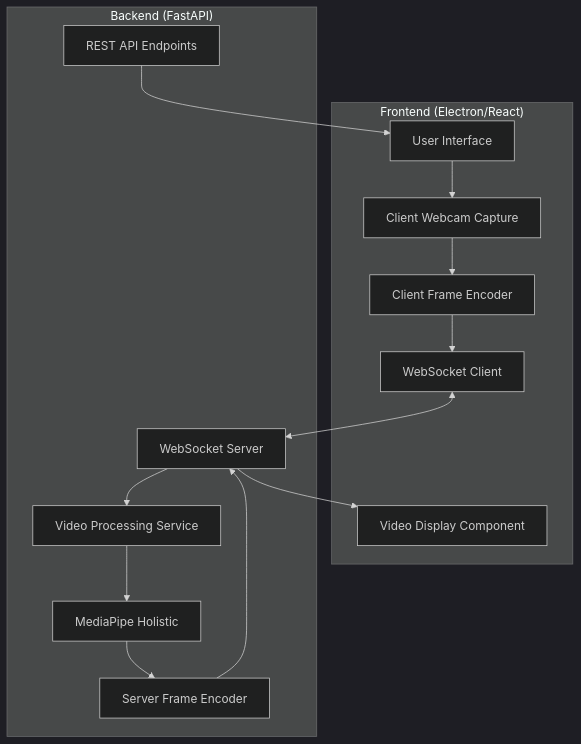
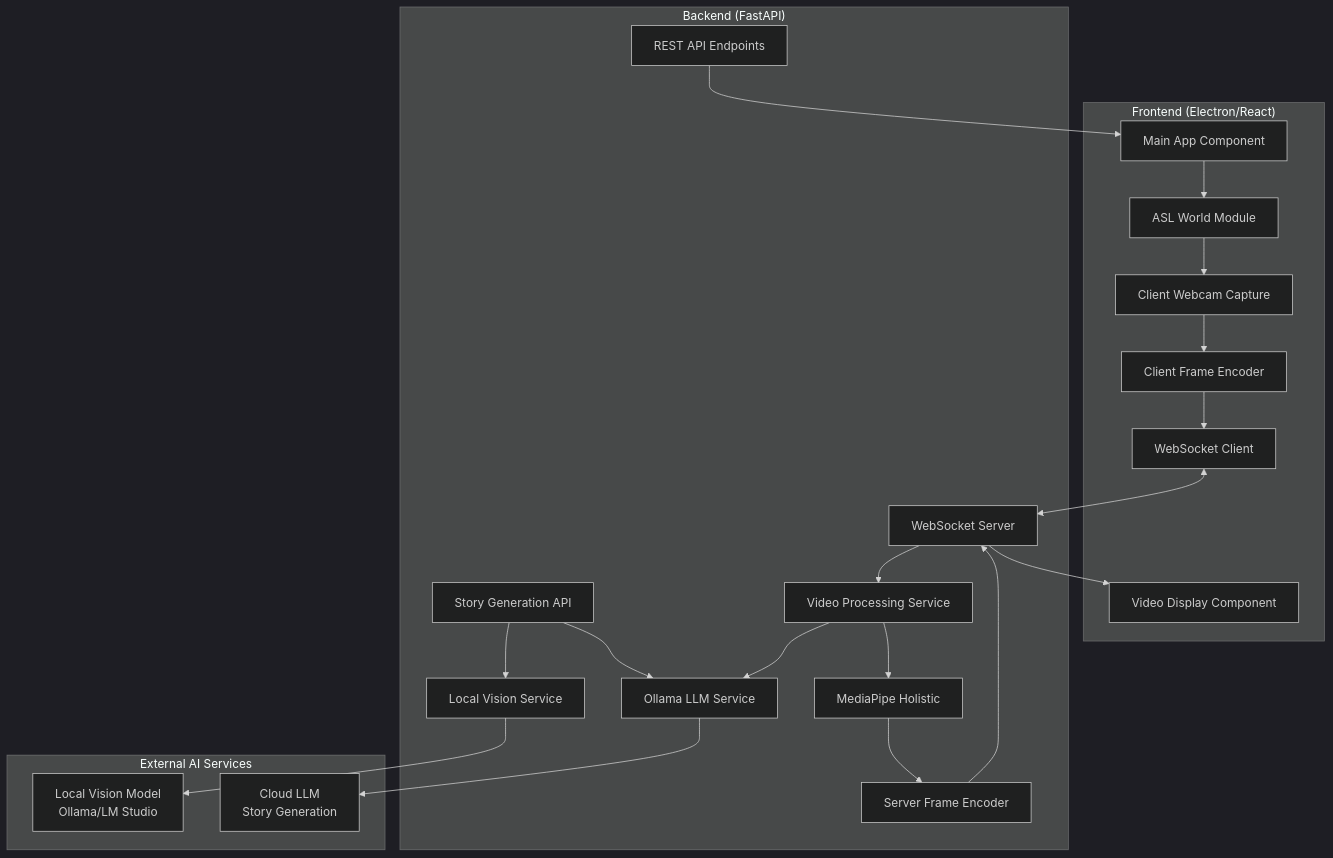
One commit to prats-2311/story_sign changed the first of 3 diagrams in .kiro/specs/storysign-asl-platform/design.md. Above: the diagram before and after it, drawn with Mermaid (dark theme). The commit also changed other lines of this file and 8 other files, not shown here.

Commit message:
13.1 Set up local vision service integration

````diff
--- a/.kiro/specs/storysign-asl-platform/design.md
+++ b/.kiro/specs/storysign-asl-platform/design.md
@@ -13,29 +13,44 @@
 ```mermaid
 graph TB
     subgraph "Frontend (Electron/React)"
-        UI[User Interface]
+        UI[Main App Component]
+        ASL_MODULE[ASL World Module]
         WEBCAM[Client Webcam Capture]
         FRAME_ENCODER_CLIENT[Client Frame Encoder]
         WS_CLIENT[WebSocket Client]
         VIDEO_DISPLAY[Video Display Component]
     end
 
     subgraph "Backend (FastAPI)"
         API[REST API Endpoints]
+        STORY_API[Story Generation API]
         WS_SERVER[WebSocket Server]
         VIDEO_PROCESSOR[Video Processing Service]
         MEDIAPIPE[MediaPipe Holistic]
         FRAME_ENCODER_SERVER[Server Frame Encoder]
+        LOCAL_VISION[Local Vision Service]
+        OLLAMA_SERVICE[Ollama LLM Service]
     end
 
-    UI --> WEBCAM
+    subgraph "External AI Services"
+        LOCAL_MODEL[Local Vision Model<br/>Ollama/LM Studio]
+        CLOUD_LLM[Cloud LLM<br/>Story Generation]
+    end
+
+    UI --> ASL_MODULE
+    ASL_MODULE --> WEBCAM
     WEBCAM --> FRAME_ENCODER_CLIENT
     FRAME_ENCODER_CLIENT --> WS_CLIENT
     WS_CLIENT <--> WS_SERVER
     API --> UI
+    STORY_API --> LOCAL_VISION
+    LOCAL_VISION --> LOCAL_MODEL
+    STORY_API --> OLLAMA_SERVICE
+    OLLAMA_SERVICE --> CLOUD_LLM
     WS_SERVER --> VIDEO_PROCESSOR
     VIDEO_PROCESSOR --> MEDIAPIPE
+    VIDEO_PROCESSOR --> OLLAMA_SERVICE
     MEDIAPIPE --> FRAME_ENCODER_SERVER
     FRAME_ENCODER_SERVER --> WS_SERVER
     WS_SERVER --> VIDEO_DISPLAY
 ```
````
